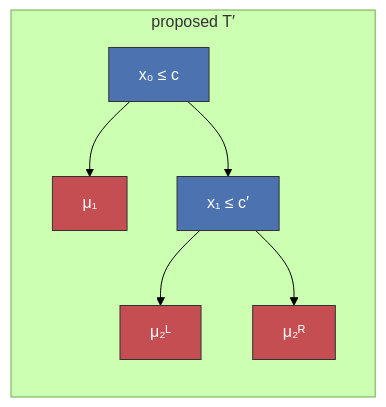
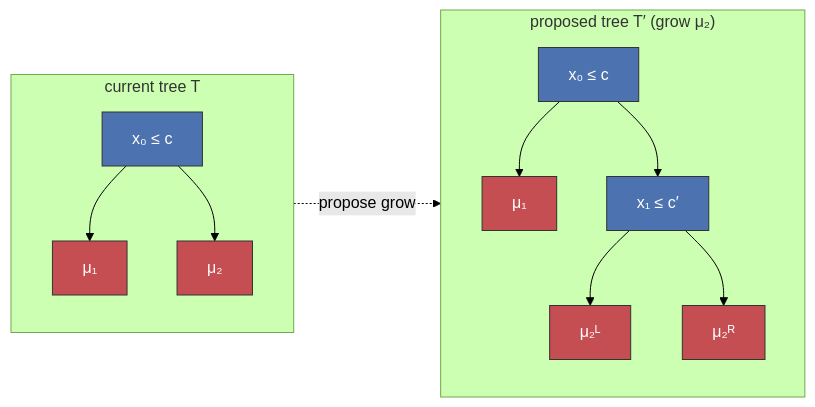
The second of 2 diagrams in slides/slides.md (fonnesbeck/pydata_london_bart), drawn with Mermaid (forest theme) before and after one commit. The commit also changed other lines of this file and 46 other files, not shown here.

````diff
--- a/slides/slides.md
+++ b/slides/slides.md
@@ -420,14 +485,20 @@
-```mermaid {scale: 0.6}
-graph TD
-    subgraph Tp ["proposed T′"]
+```mermaid {scale: 0.5}
+graph LR
+    subgraph T ["current tree T"]
+        direction TB
+        A["x₀ ≤ c"] --> B["μ₁"]
+        A --> C["μ₂"]
+    end
+    subgraph Tp ["proposed tree T′ (grow μ₂)"]
         direction TB
         D["x₀ ≤ c"] --> E["μ₁"]
         D --> F["x₁ ≤ c′"]
         F --> G["μ₂ᴸ"]
         F --> H["μ₂ᴿ"]
     end
+    T -.->|propose grow| Tp
     classDef internal fill:#4c72b0,stroke:#333,color:#fff
     classDef leaf fill:#c44e52,stroke:#333,color:#fff
-    class D,F internal
-    class E,G,H leaf
+    class A,D,F internal
+    class B,C,E,G,H leaf
 ```
````
